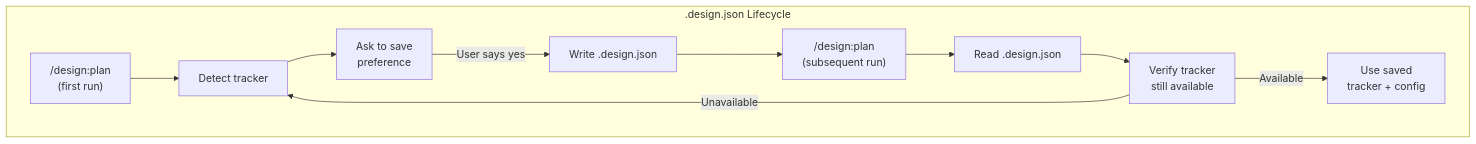
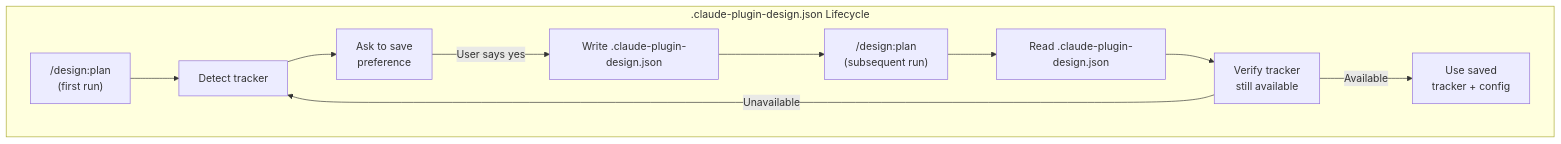
One commit to joestump/claude-plugin-design changed the third of 4 diagrams in docs/openspec/specs/sprint-planning/design.md. Above: the diagram before and after it, drawn with Mermaid. The commit also changed other lines of this file and 24 other files, not shown here.

First line of the commit message:
Rename .design.json to .claude-plugin-design.json, add Configuration docs

````diff
--- a/docs/openspec/specs/sprint-planning/design.md
+++ b/docs/openspec/specs/sprint-planning/design.md
@@ -209,22 +209,22 @@
 ```mermaid
 flowchart TD
-    subgraph ".design.json Lifecycle"
+    subgraph ".claude-plugin-design.json Lifecycle"
         first["/design:plan\n(first run)"]
         detect["Detect tracker"]
         ask["Ask to save\npreference"]
-        write["Write .design.json"]
+        write["Write .claude-plugin-design.json"]
         second["/design:plan\n(subsequent run)"]
-        read_pref["Read .design.json"]
+        read_pref["Read .claude-plugin-design.json"]
         check["Verify tracker\nstill available"]
         use["Use saved\ntracker + config"]
     end
 
     first --> detect
     detect --> ask
     ask -->|"User says yes"| write
     write --> second
     second --> read_pref
     read_pref --> check
     check -->|"Available"| use
     check -->|"Unavailable"| detect
 ```
````
